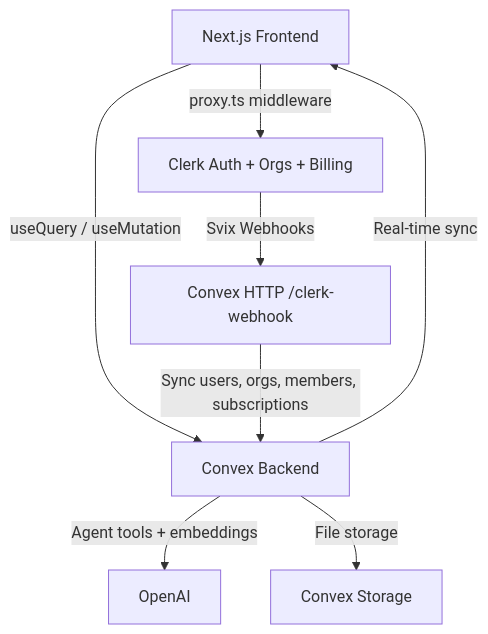
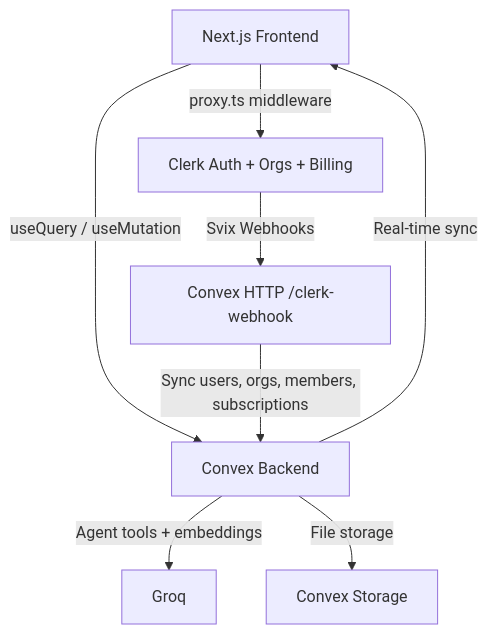
One commit to mawlid1431/DevTrack changed the third of 3 diagrams in README.md. Above: the diagram before and after it, drawn with Mermaid. The commit also changed other lines of this file and 8 other files, not shown here.

````diff
--- a/README.md
+++ b/README.md
@@ -187,10 +187,10 @@
 ```mermaid
 flowchart TB
     Browser[Next.js Frontend] -->|"useQuery / useMutation"| Convex[Convex Backend]
     Convex -->|"Real-time sync"| Browser
     Clerk[Clerk Auth + Orgs + Billing] -->|"Svix Webhooks"| ConvexHTTP["Convex HTTP /clerk-webhook"]
     ConvexHTTP -->|"Sync users, orgs, members, subscriptions"| Convex
-    Convex -->|"Agent tools + embeddings"| OpenAI[OpenAI]
+    Convex -->|"Agent tools + embeddings"| Groq[Groq]
     Convex -->|"File storage"| Storage[Convex Storage]
     Browser -->|"proxy.ts middleware"| Clerk
 ```
````
